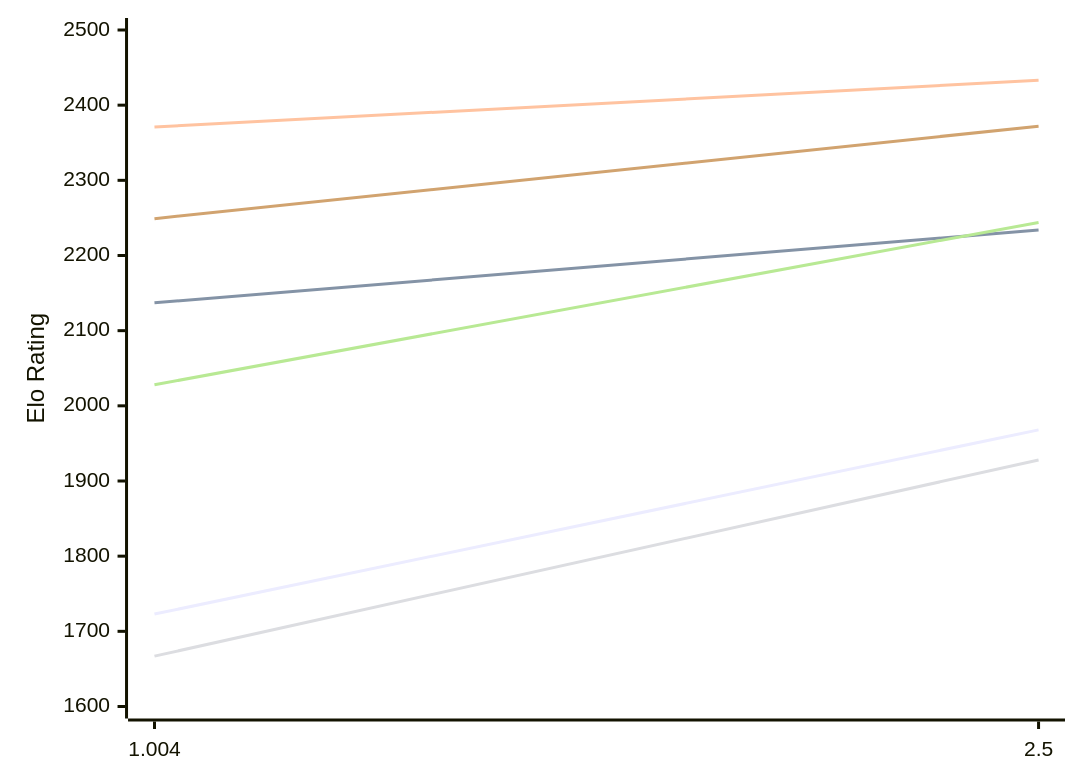
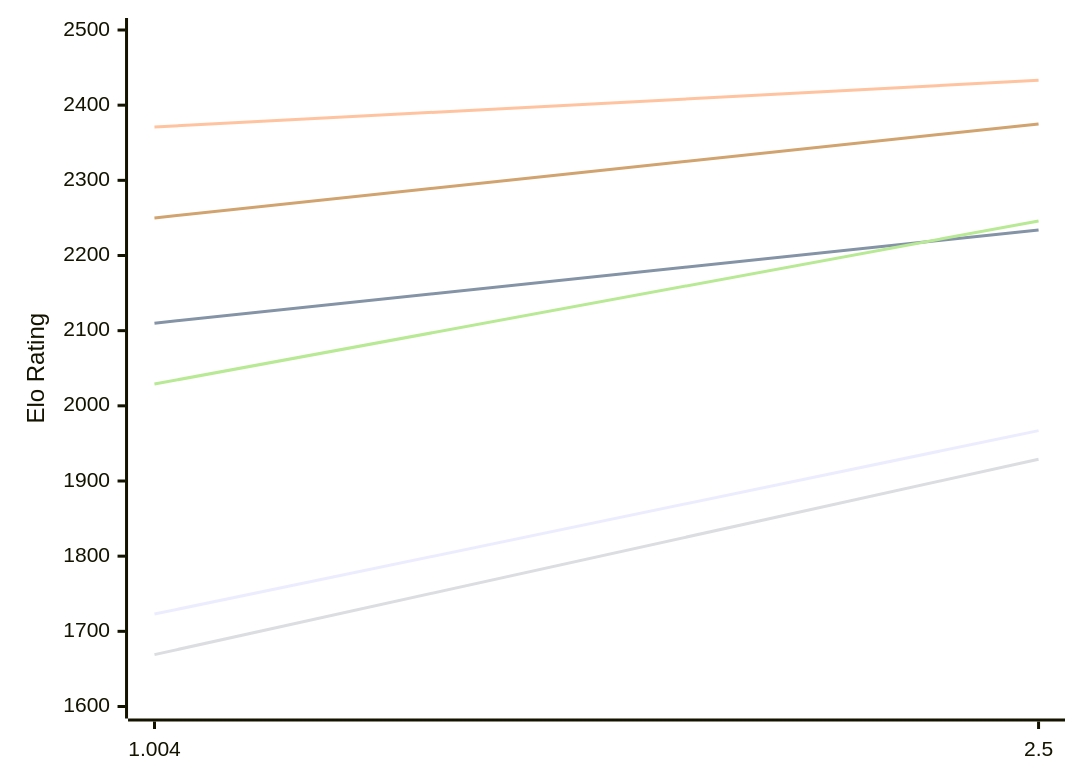
One commit to computer-chess-index/cci changed the first of 2 diagrams in engines/Ares.md. Above: the diagram before and after it, drawn with Mermaid. The commit also changed other lines of this file, not shown here.

Commit message:
Update CCI Ratings (ELO VLTC) - 2026-11-28

````diff
--- a/engines/Ares.md
+++ b/engines/Ares.md
@@ -50,12 +50,12 @@
 ```mermaid
 %%{init: {"theme":"base","themeVariables":{"seriesColors:['#a3a3a3','#222221','#faa371']}}}%%
 xychart-beta
   x-axis ["1.004", "2.5"]
   y-axis "Elo Rating" 1600 --> 2500
-  line "E1: STC (8.0+0.08s)" [1723, 1968]
-  line "E1: LTC (60.0+0.60s)" [2137, 2234]
+  line "E1: STC (8.0+0.08s)" [1723, 1967]
+  line "E1: LTC (60.0+0.60s)" [2110, 2234]
   line "E1: VLTC (2m24s+1.12s)" [2371, 2433]
-  line "P1: STC (8.0+0.08s)" [1667, 1928]
-  line "P1: LTC (60.0+0.60s)" [2028, 2244]
-  line "P1: VLTC (2m24s+1.12s)" [2249, 2372]
+  line "P1: STC (8.0+0.08s)" [1669, 1929]
+  line "P1: LTC (60.0+0.60s)" [2029, 2246]
+  line "P1: VLTC (2m24s+1.12s)" [2250, 2375]
 ```
````
